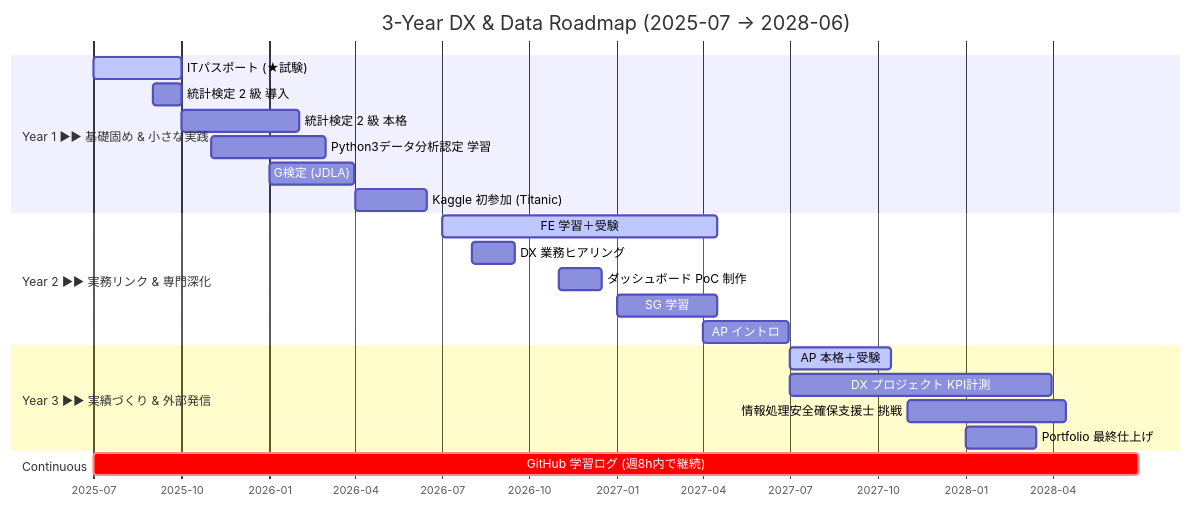
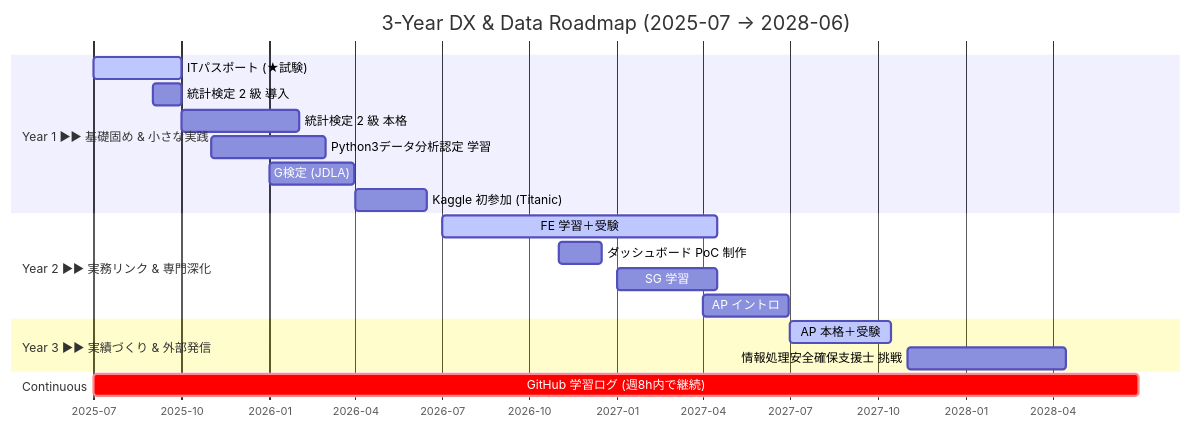
One commit to uruc-0start/- changed the diagram in README.md. Above: the diagram before and after it, drawn with Mermaid.

````diff
--- a/README.md
+++ b/README.md
@@ -1,34 +1,31 @@
 ```mermaid
 gantt
   title 3-Year DX & Data Roadmap (2025-07 → 2028-06)
   dateFormat  YYYY-MM-DD
   axisFormat  %Y-%m
 
   %% ──────────────── Year 1 ─────────────────
   section Year 1  ▶▶ 基礎固め & 小さな実践
   ITパスポート (★試験)         :active,  itp,       2025-07-01, 2025-10-01
   統計検定 2 級 導入　       :           stat0,    2025-09-01, 30d
   統計検定 2 級 本格　　     :           stat1,    2025-10-01, 2026-02-01
   Python3データ分析認定 学習          :           pydac,    2025-11-01, 2026-03-01
   G検定 (JDLA)               :           gtest,    2026-01-01, 2026-03-31
   Kaggle 初参加 (Titanic)      :           kaggle,   2026-04-01, 2026-06-15
 
   %% ──────────────── Year 2 ─────────────────
   section Year 2  ▶▶ 実務リンク & 専門深化
   FE 学習＋受験     :active,  fe,        2026-07-01, 2027-04-15
-  DX 業務ヒアリング              :           dxhear,  2026-08-01, 45d
   ダッシュボード PoC  制作          :           poc,      2026-11-01, 45d
   SG 学習       :           sg,       2027-01-01, 2027-04-15
   AP イントロ        :           ap0,      2027-04-01, 2027-06-30
 
   %% ──────────────── Year 3 ─────────────────
   section Year 3  ▶▶ 実績づくり & 外部発信
   AP 本格＋受験     :active,  ap1,       2027-07-01, 2027-10-15
-  DX プロジェクト KPI計測     :           kpi,      2027-07-01, 2028-03-31
   情報処理安全確保支援士 挑戦   :           secsp,    2027-11-01, 2028-04-15
-  Portfolio 最終仕上げ        :           port,     2028-01-01, 2028-03-15
 
   %% ──────────────── Continuous lane ───────
   section Continuous
   GitHub 学習ログ (週8h内で継続) :crit,    ghlog,    2025-07-01, 2028-06-30
 ```
````
